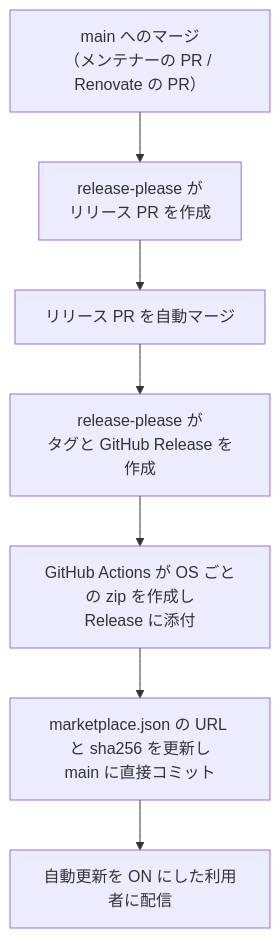
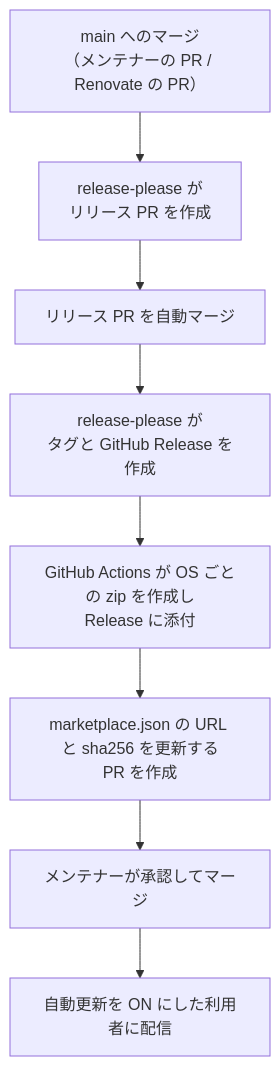
Before and after one commit to Ryo-0507/claude-productivity-plugins: the second of 2 diagrams in docs/plugins/github-readonly-mcp/spec.md, drawn with Mermaid. The commit also changed other lines of this file and 4 other files, not shown here.

First line of the commit message:
feat(github-readonly): marketplace.json の更新を PR とメンテナー承認経由にする

````diff
--- a/docs/plugins/github-readonly-mcp/spec.md
+++ b/docs/plugins/github-readonly-mcp/spec.md
@@ -92,9 +92,10 @@
 ```mermaid
 flowchart TD
   A["main へのマージ<br/>（メンテナーの PR / Renovate の PR）"] --> B["release-please が<br/>リリース PR を作成"]
   B --> C["リリース PR を自動マージ"]
   C --> D["release-please が<br/>タグと GitHub Release を作成"]
   D --> E["GitHub Actions が OS ごとの zip を作成し<br/>Release に添付"]
-  E --> F["marketplace.json の URL と sha256 を更新し<br/>main に直接コミット"]
-  F --> G["自動更新を ON にした利用者に配信"]
+  E --> F["marketplace.json の URL と sha256 を更新する<br/>PR を作成"]
+  F --> G["メンテナーが承認してマージ"]
+  G --> H["自動更新を ON にした利用者に配信"]
 ```
````
